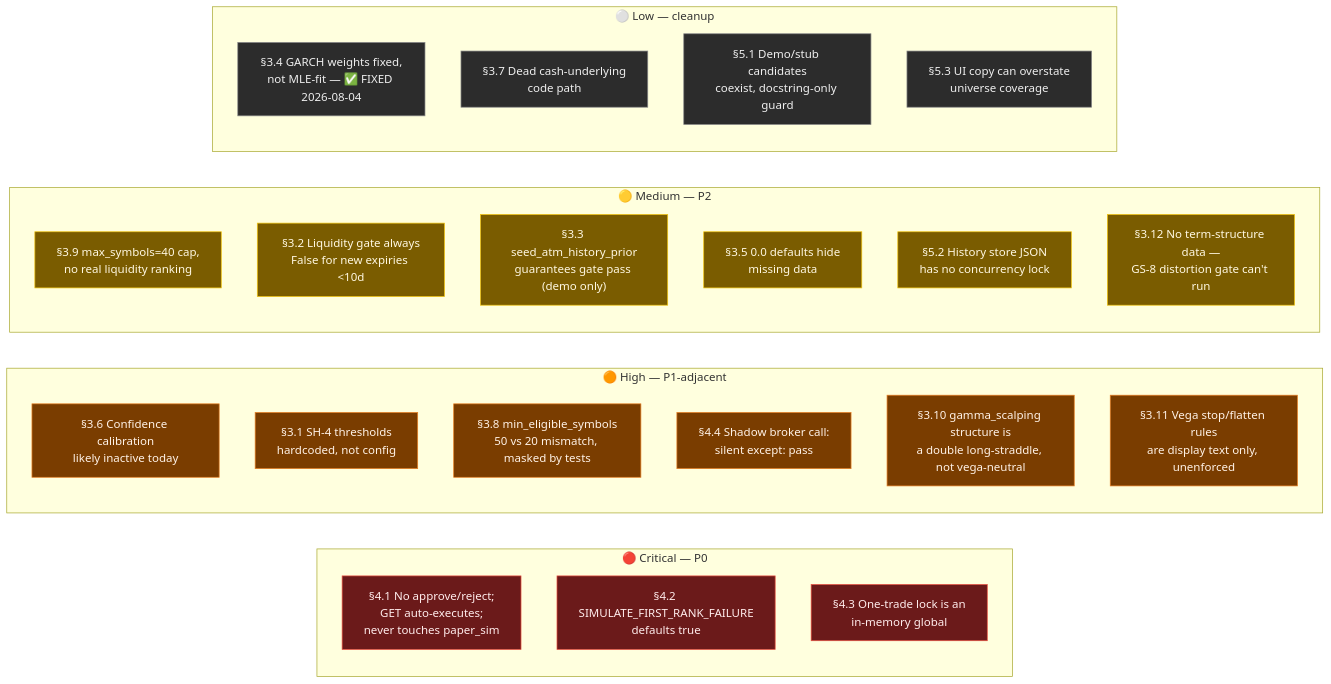
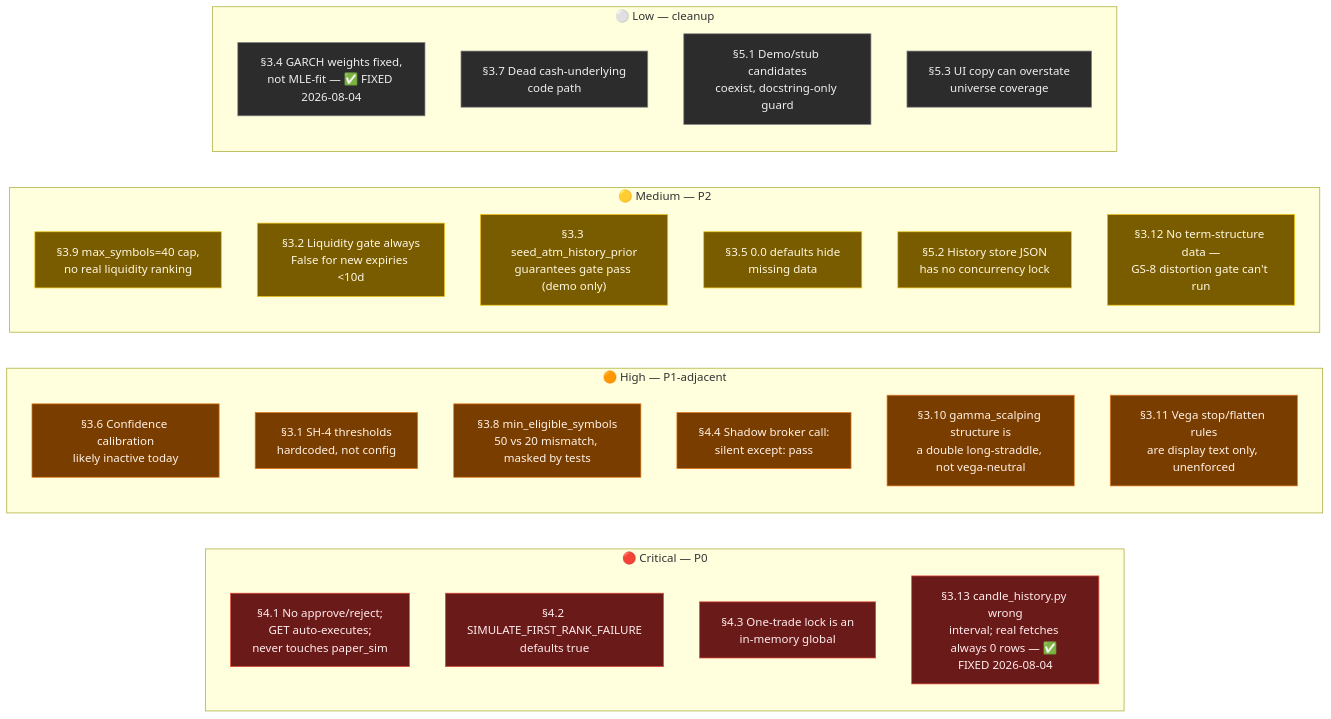
Before and after one commit to KarthikBattaram19/Trading_Bot_1: the fourth of 5 diagrams in Improve_Recoemmendation_Engine.md, drawn with Mermaid. The commit also changed other lines of this file and 2 other files, not shown here.

First line of the commit message:
Fix candle_history.py: Breeze rejects interval="1day", real fetches always failed

````diff
--- a/Improve_Recoemmendation_Engine.md
+++ b/Improve_Recoemmendation_Engine.md
@@ -200,39 +200,40 @@
 ```mermaid
 flowchart LR
     subgraph CRIT["🔴 Critical — P0"]
         F41["§4.1 No approve/reject;<br/>GET auto-executes;<br/>never touches paper_sim"]
         F42["§4.2 SIMULATE_FIRST_RANK_FAILURE<br/>defaults true"]
         F43["§4.3 One-trade lock is an<br/>in-memory global"]
+        F313["§3.13 candle_history.py wrong<br/>interval; real fetches always 0 rows — ✅ FIXED 2026-08-04"]
     end
     subgraph HIGH["🟠 High — P1-adjacent"]
         F36["§3.6 Confidence calibration<br/>likely inactive today"]
         F31["§3.1 SH-4 thresholds<br/>hardcoded, not config"]
         F38["§3.8 min_eligible_symbols<br/>50 vs 20 mismatch, masked by tests"]
         F44["§4.4 Shadow broker call:<br/>silent except: pass"]
         F310["§3.10 gamma_scalping structure is<br/>a double long-straddle, not vega-neutral"]
         F311["§3.11 Vega stop/flatten rules<br/>are display text only, unenforced"]
     end
     subgraph MED["🟡 Medium — P2"]
         F39["§3.9 max_symbols=40 cap,<br/>no real liquidity ranking"]
         F32["§3.2 Liquidity gate always<br/>False for new expiries <10d"]
         F33["§3.3 seed_atm_history_prior<br/>guarantees gate pass (demo only)"]
         F35["§3.5 0.0 defaults hide<br/>missing data"]
         F52["§5.2 History store JSON<br/>has no concurrency lock"]
         F312["§3.12 No term-structure data —<br/>GS-8 distortion gate can't run"]
     end
     subgraph LOW["⚪ Low — cleanup"]
         F34["§3.4 GARCH weights fixed,<br/>not MLE-fit — ✅ FIXED 2026-08-04"]
         F37["§3.7 Dead cash-underlying<br/>code path"]
         F51["§5.1 Demo/stub candidates<br/>coexist, docstring-only guard"]
         F53["§5.3 UI copy can overstate<br/>universe coverage"]
     end
 
     classDef crit fill:#6b1a1a,stroke:#e74c3c,color:#ffecec;
     classDef high fill:#7a3d00,stroke:#e67e22,color:#fff2e6;
     classDef med fill:#7a5c00,stroke:#f1c40f,color:#fff8e1;
     classDef low fill:#2c2c2c,stroke:#888,color:#eee;
-    class F41,F42,F43 crit;
+    class F41,F42,F43,F313 crit;
     class F36,F31,F38,F44,F310,F311 high;
     class F39,F32,F33,F35,F52,F312 med;
     class F34,F37,F51,F53 low;
 ```
````
